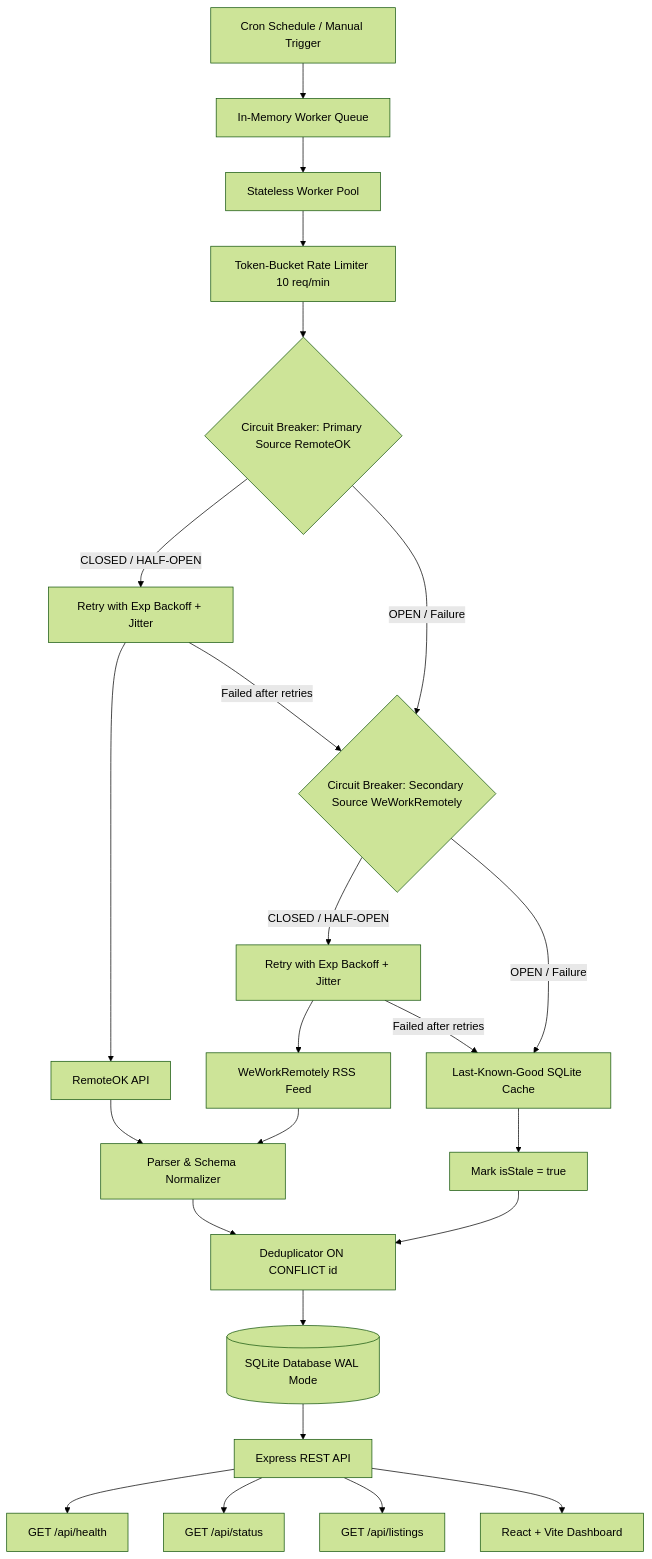
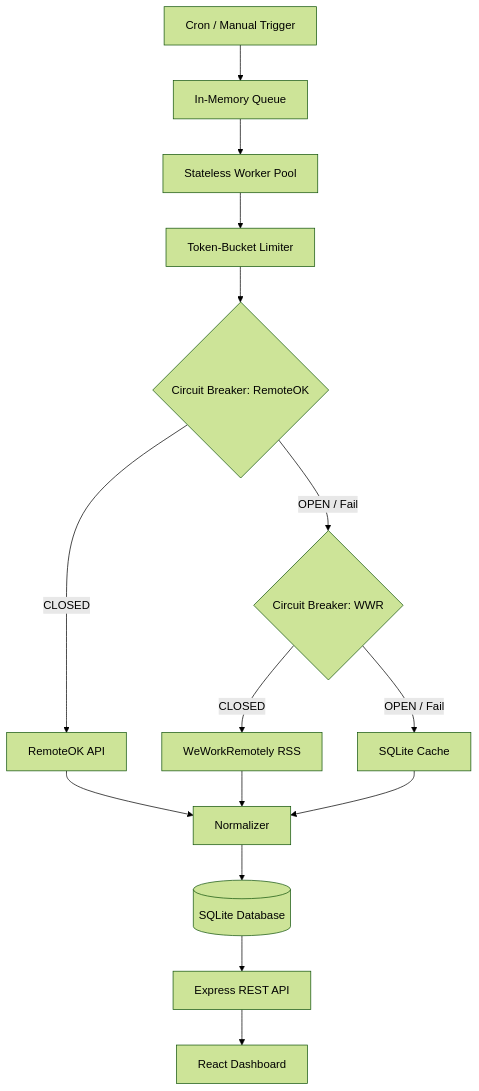
One commit to shauryaverma03/Job-Listing-Ingestion-Pipeline changed the diagram in README.md. Above: the diagram before and after it, drawn with Mermaid (forest theme). The commit also changed other lines of this file and 9 other files, not shown here.

````diff
--- a/README.md
+++ b/README.md
@@ -22,34 +17,17 @@
 ```mermaid
 flowchart TD
-    Cron[Cron Schedule / Manual Trigger] --> Queue[In-Memory Worker Queue]
+    Cron[Cron / Manual Trigger] --> Queue[In-Memory Queue]
     Queue --> Worker[Stateless Worker Pool]
-    
-    Worker --> RL[Token-Bucket Rate Limiter 10 req/min]
-    RL --> CB_Primary{Circuit Breaker: Primary Source RemoteOK}
-    
-    CB_Primary -- CLOSED / HALF-OPEN --> Retry_Primary[Retry with Exp Backoff + Jitter]
-    Retry_Primary --> PrimaryAPI[RemoteOK API]
-    
-    CB_Primary -- OPEN / Failure --> CB_Secondary{Circuit Breaker: Secondary Source WeWorkRemotely}
-    Retry_Primary -- Failed after retries --> CB_Secondary
-    
-    CB_Secondary -- CLOSED / HALF-OPEN --> Retry_Secondary[Retry with Exp Backoff + Jitter]
-    Retry_Secondary --> SecondaryRSS[WeWorkRemotely RSS Feed]
-    
-    CB_Secondary -- OPEN / Failure --> CacheFallback[Last-Known-Good SQLite Cache]
-    Retry_Secondary -- Failed after retries --> CacheFallback
-    
-    PrimaryAPI --> Normalize[Parser & Schema Normalizer]
-    SecondaryRSS --> Normalize
-    CacheFallback --> StaleMark[Mark isStale = true]
-    
-    Normalize --> Dedupr[Deduplicator ON CONFLICT id]
-    StaleMark --> Dedupr
-    
-    Dedupr --> DB[(SQLite Database WAL Mode)]
-    DB --> ExpressAPI[Express REST API]
-    ExpressAPI --> Health[GET /api/health]
-    ExpressAPI --> Status[GET /api/status]
-    ExpressAPI --> Listings[GET /api/listings]
-    ExpressAPI --> Dashboard[React + Vite Dashboard]
+    Worker --> RL[Token-Bucket Limiter]
+    RL --> CB1{Circuit Breaker: RemoteOK}
+    CB1 -- CLOSED --> RemoteOK[RemoteOK API]
+    CB1 -- OPEN / Fail --> CB2{Circuit Breaker: WWR}
+    CB2 -- CLOSED --> WWR[WeWorkRemotely RSS]
+    CB2 -- OPEN / Fail --> Cache[SQLite Cache]
+    RemoteOK --> Parser[Normalizer]
+    WWR --> Parser
+    Cache --> Parser
+    Parser --> DB[(SQLite Database)]
+    DB --> API[Express REST API]
+    API --> Dashboard[React Dashboard]
 ```
````
